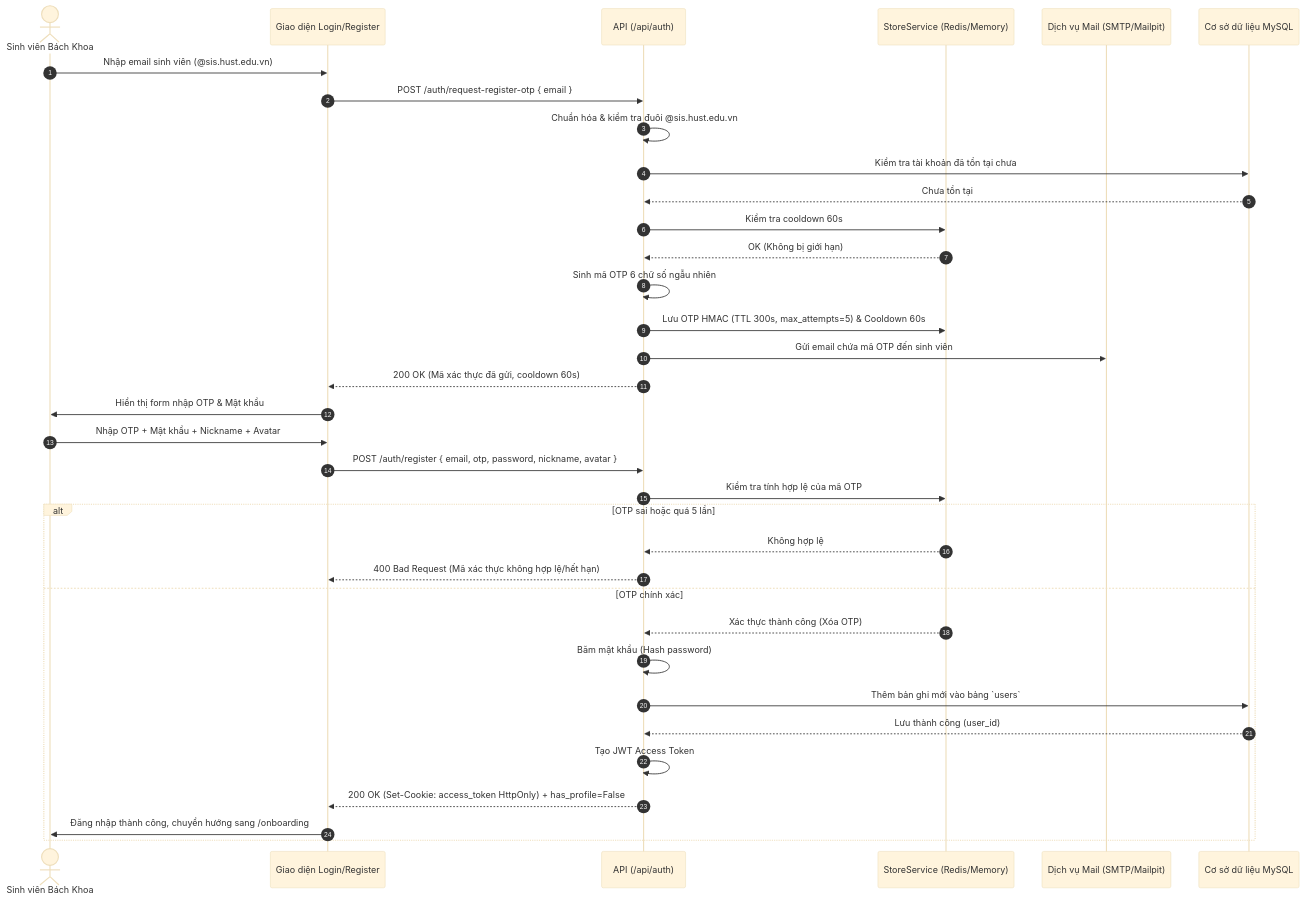
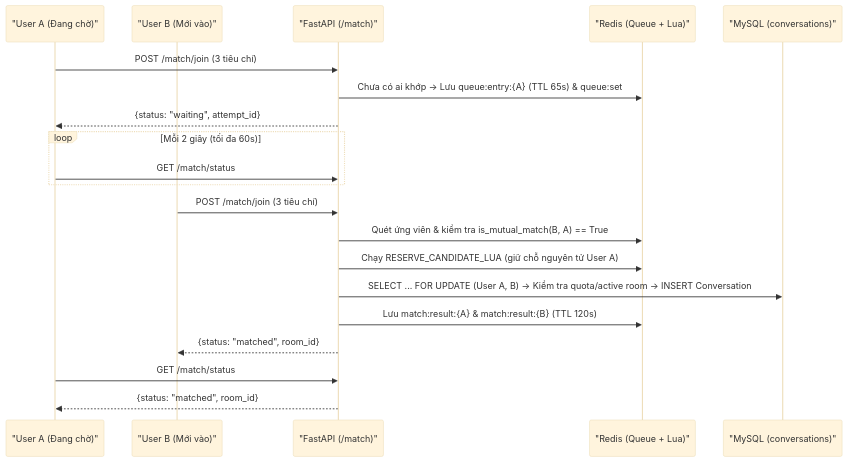
The diagram in docs/SYSTEM_FLOWS.md (maitrang051106/project_1), drawn with Mermaid (base theme) before and after one commit. The commit also changed other lines of this file and 33 other files, not shown here.

First line of the commit message:
feat: implement active conversation check on Matching page

````diff
--- a/docs/SYSTEM_FLOWS.md
+++ b/docs/SYSTEM_FLOWS.md
@@ -163,39 +34,23 @@
 ```mermaid
 sequenceDiagram
-    autonumber
-    actor User as Sinh viên Bách Khoa
-    participant UI as Giao diện Login/Register
-    participant AuthAPI as API (/api/auth)
-    participant Store as StoreService (Redis/Memory)
-    participant Mail as Dịch vụ Mail (SMTP/Mailpit)
-    participant DB as Cơ sở dữ liệu MySQL
+    participant UA as "User A (Đang chờ)"
+    participant UB as "User B (Mới vào)"
+    participant API as "FastAPI (/match)"
+    participant R as "Redis (Queue + Lua)"
+    participant DB as "MySQL (conversations)"
 
-    User->>UI: Nhập email sinh viên (@sis.hust.edu.vn)
-    UI->>AuthAPI: POST /auth/request-register-otp { email }
-    AuthAPI->>AuthAPI: Chuẩn hóa & kiểm tra đuôi @sis.hust.edu.vn
-    AuthAPI->>DB: Kiểm tra tài khoản đã tồn tại chưa
-    DB-->>AuthAPI: Chưa tồn tại
-    AuthAPI->>Store: Kiểm tra cooldown 60s
-    Store-->>AuthAPI: OK (Không bị giới hạn)
-    AuthAPI->>AuthAPI: Sinh mã OTP 6 chữ số ngẫu nhiên
-    AuthAPI->>Store: Lưu OTP HMAC (TTL 300s, max_attempts=5) & Cooldown 60s
-    AuthAPI->>Mail: Gửi email chứa mã OTP đến sinh viên
-    AuthAPI-->>UI: 200 OK (Mã xác thực đã gửi, cooldown 60s)
-    UI->>User: Hiển thị form nhập OTP & Mật khẩu
-
-    User->>UI: Nhập OTP + Mật khẩu + Nickname + Avatar
-    UI->>AuthAPI: POST /auth/register { email, otp, password, nickname, avatar }
-    AuthAPI->>Store: Kiểm tra tính hợp lệ của mã OTP
-    alt OTP sai hoặc quá 5 lần
-        Store-->>AuthAPI: Không hợp lệ
-        AuthAPI-->>UI: 400 Bad Request (Mã xác thực không hợp lệ/hết hạn)
-    else OTP chính xác
-        Store-->>AuthAPI: Xác thực thành công (Xóa OTP)
-        AuthAPI->>AuthAPI: Băm mật khẩu (Hash password)
-        AuthAPI->>DB: Thêm bản ghi mới vào bảng `users`
-        DB-->>AuthAPI: Lưu thành công (user_id)
-        AuthAPI->>AuthAPI: Tạo JWT Access Token
-        AuthAPI-->>UI: 200 OK (Set-Cookie: access_token HttpOnly) + has_profile=False
-        UI->>User: Đăng nhập thành công, chuyển hướng sang /onboarding
+    UA->>API: POST /match/join (3 tiêu chí)
+    API->>R: Chưa có ai khớp -> Lưu queue:entry:{A} (TTL 65s) & queue:set
+    API-->>UA: {status: "waiting", attempt_id}
+    loop Mỗi 2 giây (tối đa 60s)
+        UA->>API: GET /match/status
     end
+    UB->>API: POST /match/join (3 tiêu chí)
+    API->>R: Quét ứng viên & kiểm tra is_mutual_match(B, A) == True
+    API->>R: Chạy RESERVE_CANDIDATE_LUA (giữ chỗ nguyên tử User A)
+    API->>DB: SELECT ... FOR UPDATE (User A, B) -> Kiểm tra quota/active room -> INSERT Conversation
+    API->>R: Lưu match:result:{A} & match:result:{B} (TTL 120s)
+    API-->>UB: {status: "matched", room_id}
+    UA->>API: GET /match/status
+    API-->>UA: {status: "matched", room_id}
 ```
````
